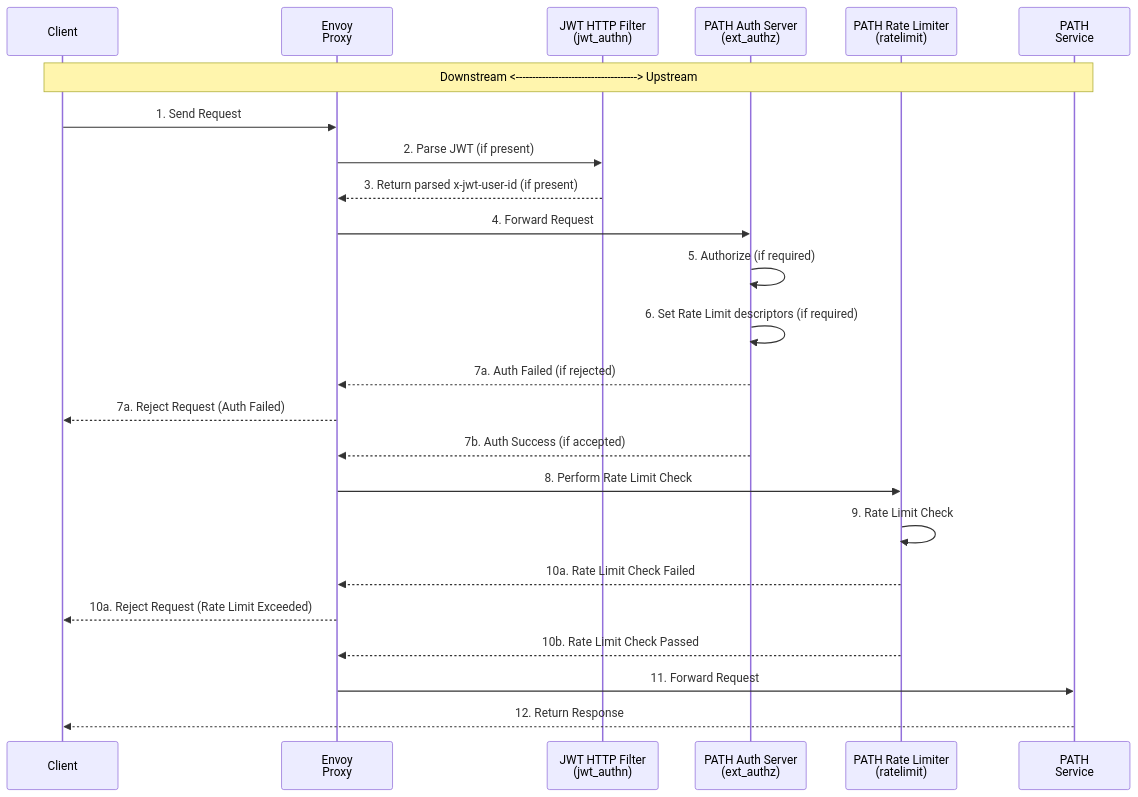
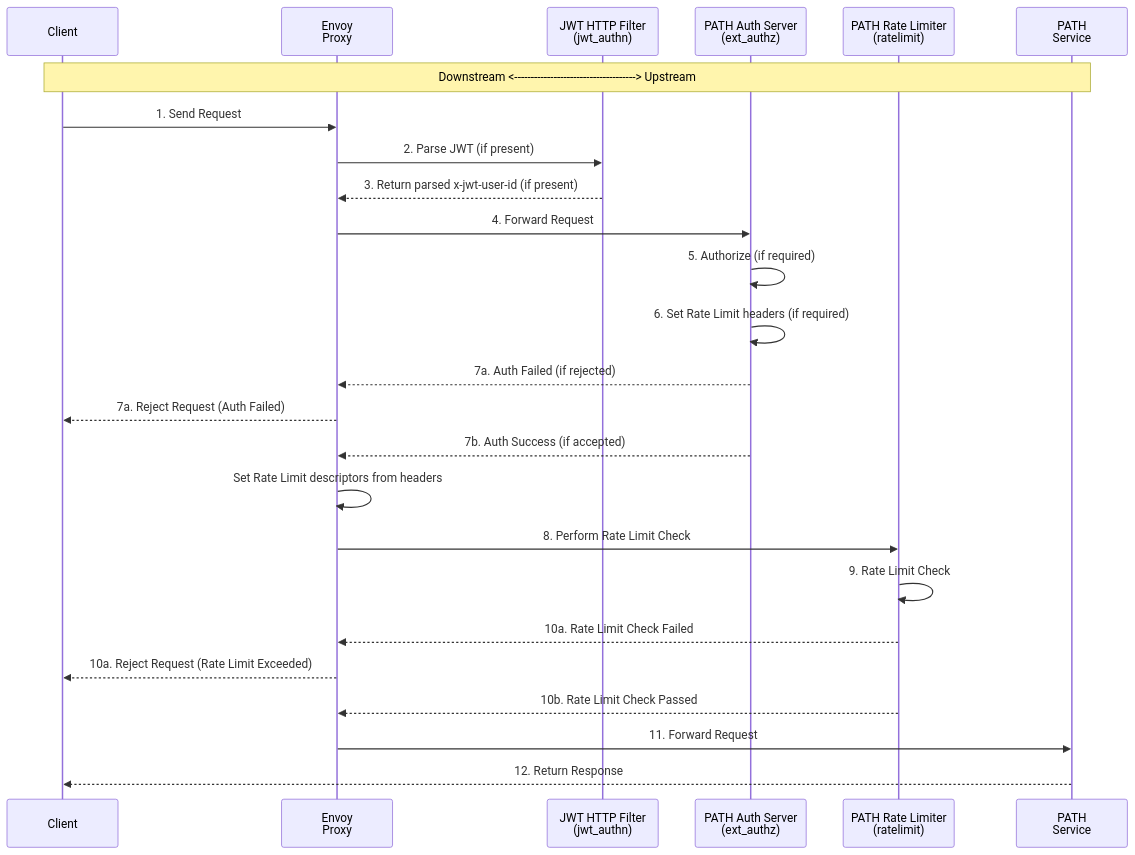
The first of 3 diagrams in envoy/README.md (buildwithgrove/path), drawn with Mermaid before and after one commit. The commit also changed other lines of this file and 1 other file, not shown here.

````diff
--- a/envoy/README.md
+++ b/envoy/README.md
@@ -106,29 +108,30 @@
 ```mermaid
 sequenceDiagram
     participant Client
     participant Envoy as Envoy<br>Proxy
     participant JWTFilter as JWT HTTP Filter<br>(jwt_authn)
     participant AuthServer as PATH Auth Server<br>(ext_authz)
     participant RateLimiter as PATH Rate Limiter<br>(ratelimit)
     participant Service as PATH<br>Service
 
     %% Add bidirectional arrow for Upstream and Downstream
     Note over Client,Service: Downstream <-------------------------------------> Upstream
 
     Client->>Envoy: 1. Send Request
     Envoy->>JWTFilter: 2. Parse JWT (if present)
     JWTFilter-->>Envoy: 3. Return parsed x-jwt-user-id (if present)
     Envoy->>AuthServer: 4. Forward Request
     AuthServer->>AuthServer: 5. Authorize (if required)
-    AuthServer->>AuthServer: 6. Set Rate Limit descriptors (if required)
+    AuthServer->>AuthServer: 6. Set Rate Limit headers (if required)
     AuthServer-->>Envoy: 7a. Auth Failed (if rejected)
     Envoy-->>Client: 7a. Reject Request (Auth Failed)
     AuthServer-->>Envoy: 7b. Auth Success (if accepted)
+    Envoy->>Envoy: Set Rate Limit descriptors from headers
     Envoy->>RateLimiter: 8. Perform Rate Limit Check
     RateLimiter->>RateLimiter: 9. Rate Limit Check
     RateLimiter-->>Envoy: 10a. Rate Limit Check Failed
     Envoy-->>Client: 10a. Reject Request (Rate Limit Exceeded)
     RateLimiter-->>Envoy: 10b. Rate Limit Check Passed
     Envoy->>Service: 11. Forward Request
     Service-->>Client: 12. Return Response
 ```
````
